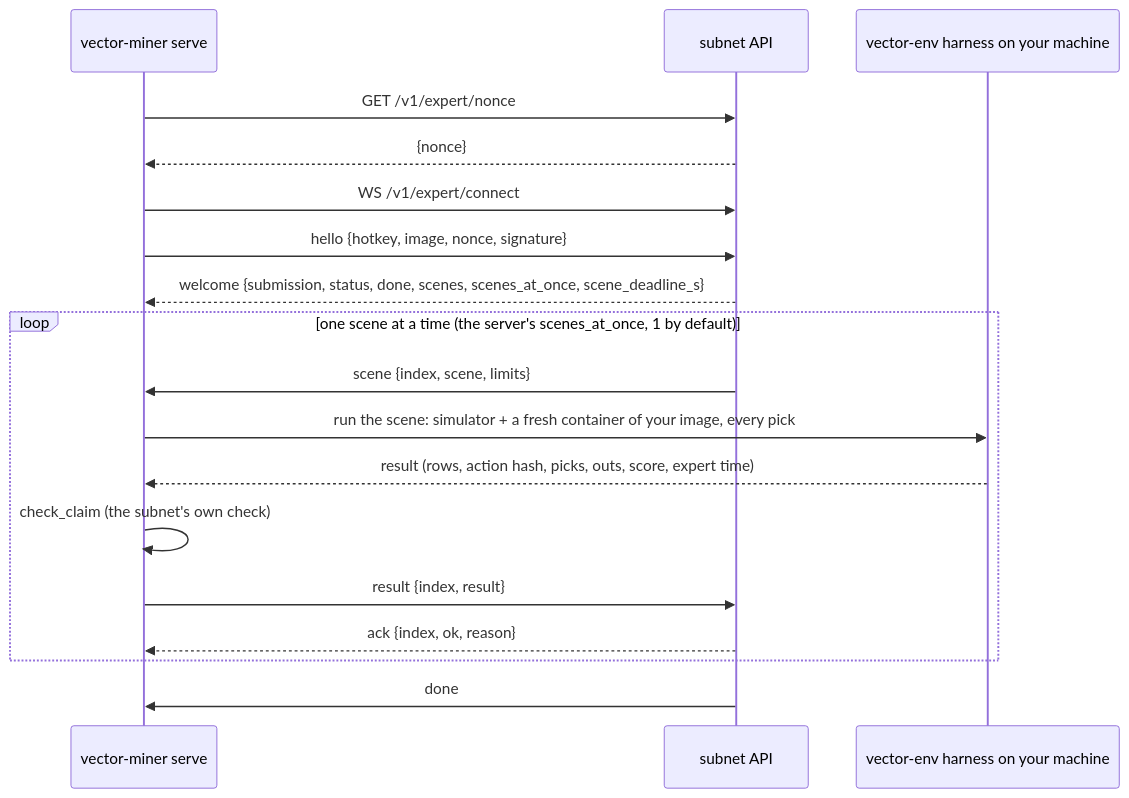
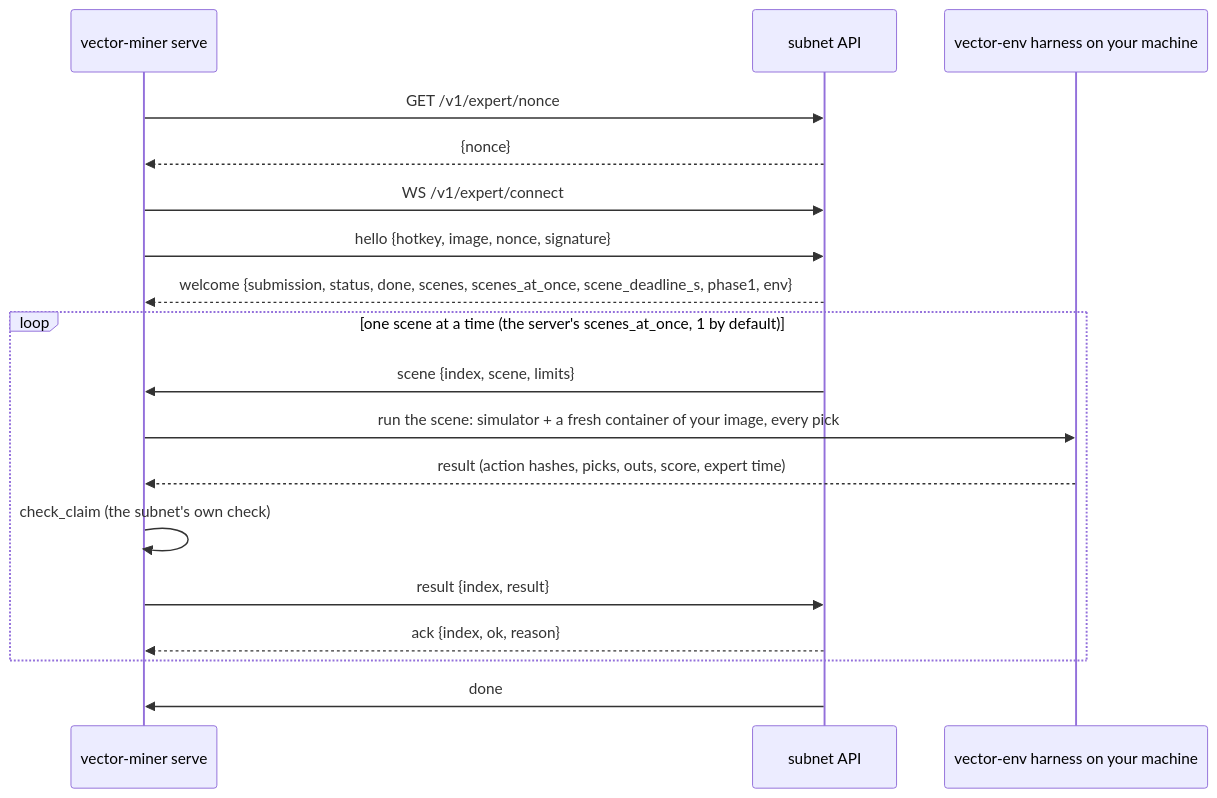
One commit to robotensor/vector-miner changed the second of 4 diagrams in skills/bin-picking/expert/README.md. Above: the diagram before and after it, drawn with Mermaid. The commit also changed other lines of this file and 11 other files, not shown here.

````diff
--- a/skills/bin-picking/expert/README.md
+++ b/skills/bin-picking/expert/README.md
@@ -264,20 +281,20 @@
 ```mermaid
 sequenceDiagram
   participant M as vector-miner serve
   participant S as subnet API
   participant H as vector-env harness on your machine
   M->>S: GET /v1/expert/nonce
   S-->>M: {nonce}
   M->>S: WS /v1/expert/connect
   M->>S: hello {hotkey, image, nonce, signature}
-  S-->>M: welcome {submission, status, done, scenes, scenes_at_once, scene_deadline_s}
+  S-->>M: welcome {submission, status, done, scenes, scenes_at_once, scene_deadline_s, phase1, env}
   loop one scene at a time (the server's scenes_at_once, 1 by default)
     S->>M: scene {index, scene, limits}
     M->>H: run the scene: simulator + a fresh container of your image, every pick
-    H-->>M: result (rows, action hash, picks, outs, score, expert time)
+    H-->>M: result (action hashes, picks, outs, score, expert time)
     M->>M: check_claim (the subnet's own check)
     M->>S: result {index, result}
     S-->>M: ack {index, ok, reason}
   end
   S->>M: done
 ```
````
